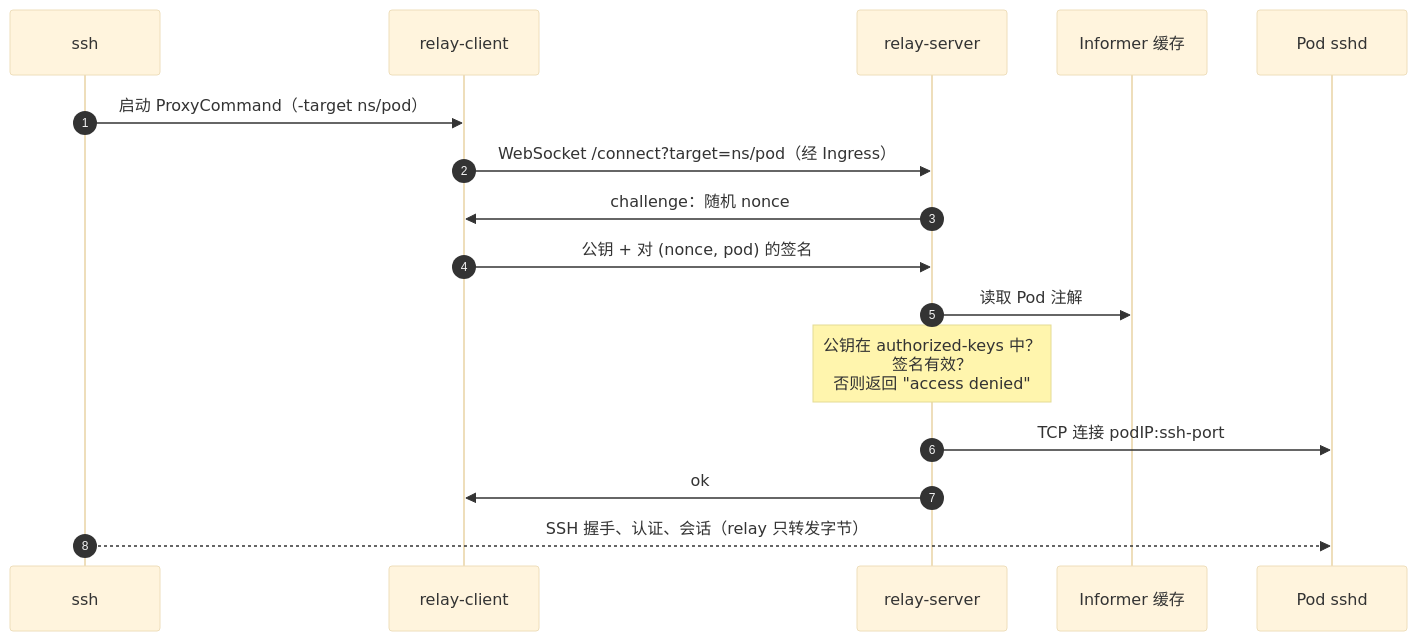
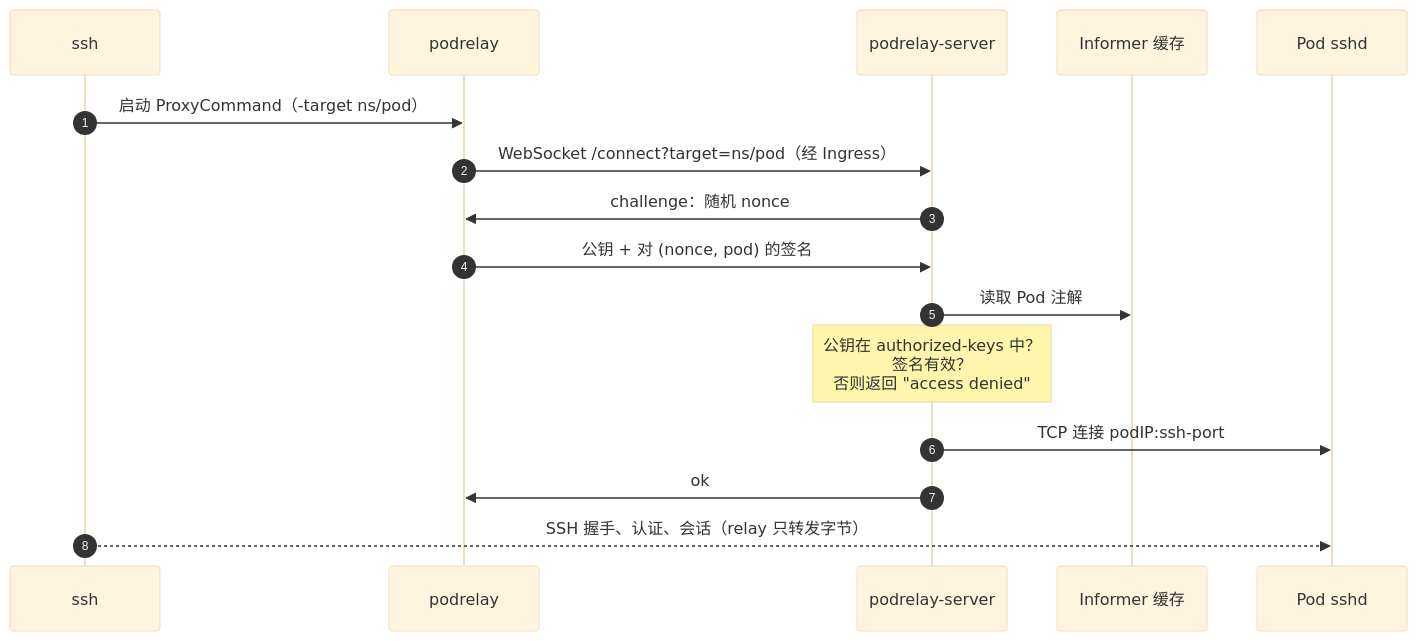
One commit to fqix/k8s-pod-ssh-relay changed the third of 3 diagrams in README.zh-CN.md. Above: the diagram before and after it, drawn with Mermaid (base theme). The commit also changed other lines of this file and 41 other files, not shown here.

````diff
--- a/README.zh-CN.md
+++ b/README.zh-CN.md
@@ -66,19 +66,19 @@
 ```mermaid
 sequenceDiagram
   autonumber
   participant S as ssh
-  participant C as relay-client
-  participant R as relay-server
+  participant C as podrelay
+  participant R as podrelay-server
   participant I as Informer 缓存
   participant P as Pod sshd
 
   S->>C: 启动 ProxyCommand（-target ns/pod）
   C->>R: WebSocket /connect?target=ns/pod（经 Ingress）
   R->>C: challenge：随机 nonce
   C->>R: 公钥 + 对 (nonce, pod) 的签名
   R->>I: 读取 Pod 注解
   Note over R: 公钥在 authorized-keys 中？<br/>签名有效？<br/>否则返回 "access denied"
   R->>P: TCP 连接 podIP:ssh-port
   R->>C: ok
   S-->>P: SSH 握手、认证、会话（relay 只转发字节）
 ```
````
